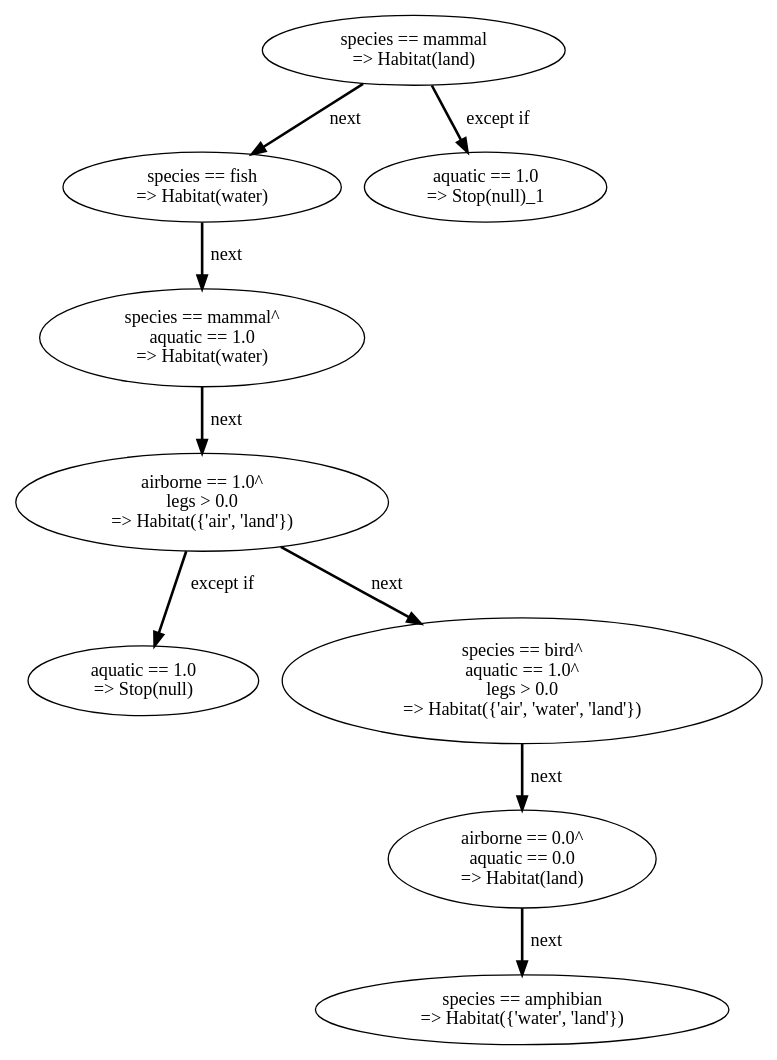
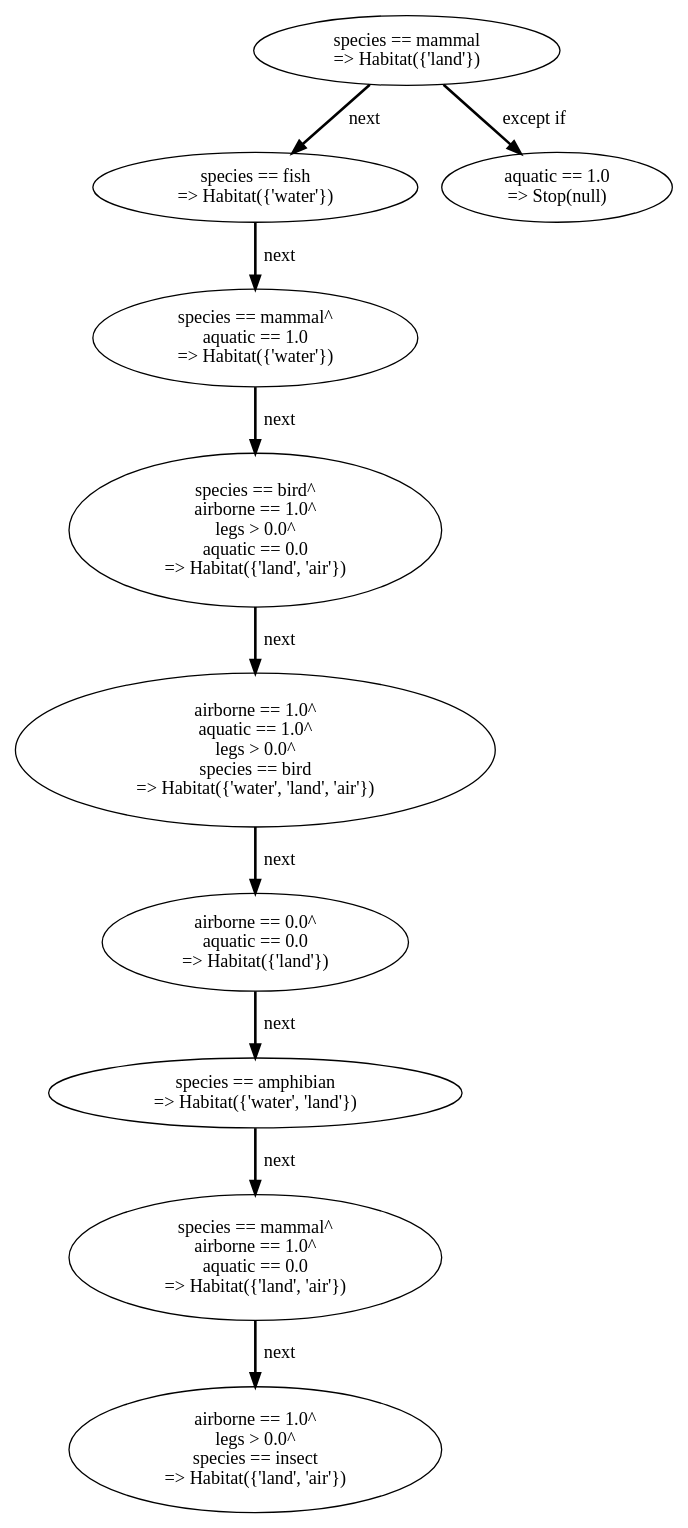
Before and after one commit to AbdelrhmanBassiouny/ripple_down_rules: the diagram in results/grdr_Habitat.dot, drawn with Graphviz. The commit also changed 8 other files, not shown here.

```diff
--- a/results/grdr_Habitat.dot
+++ b/results/grdr_Habitat.dot
@@ -1,60 +1,83 @@
 digraph tree {
     "species == mammal
-=> Habitat(land)";
+=> Habitat({'land'})";
     "species == fish
-=> Habitat(water)";
+=> Habitat({'water'})";
     "species == mammal^
 aquatic == 1.0
-=> Habitat(water)";
+=> Habitat({'water'})";
+    "species == bird^
+airborne == 1.0^
+legs > 0.0^
+aquatic == 0.0
+=> Habitat({'land', 'air'})";
     "airborne == 1.0^
-legs > 0.0
-=> Habitat({'air', 'land'})";
+aquatic == 1.0^
+legs > 0.0^
+species == bird
+=> Habitat({'water', 'land', 'air'})";
+    "airborne == 0.0^
+aquatic == 0.0
+=> Habitat({'land'})";
+    "species == amphibian
+=> Habitat({'water', 'land'})";
+    "species == mammal^
+airborne == 1.0^
+aquatic == 0.0
+=> Habitat({'land', 'air'})";
+    "airborne == 1.0^
+legs > 0.0^
+species == insect
+=> Habitat({'land', 'air'})";
     "aquatic == 1.0
 => Stop(null)";
+    "species == mammal
+=> Habitat({'land'})" -> "species == fish
+=> Habitat({'water'})" [style="bold", label=" next"];
+    "species == mammal
+=> Habitat({'land'})" -> "aquatic == 1.0
+=> Stop(null)" [style="bold", label=" except if"];
+    "species == fish
+=> Habitat({'water'})" -> "species == mammal^
+aquatic == 1.0
+=> Habitat({'water'})" [style="bold", label=" next"];
+    "species == mammal^
+aquatic == 1.0
+=> Habitat({'water'})" -> "species == bird^
+airborne == 1.0^
+legs > 0.0^
+aquatic == 0.0
+=> Habitat({'land', 'air'})" [style="bold", label=" next"];
     "species == bird^
+airborne == 1.0^
+legs > 0.0^
+aquatic == 0.0
+=> Habitat({'land', 'air'})" -> "airborne == 1.0^
 aquatic == 1.0^
-legs > 0.0
-=> Habitat({'air', 'water', 'land'})";
+legs > 0.0^
+species == bird
+=> Habitat({'water', 'land', 'air'})" [style="bold", label=" next"];
+    "airborne == 1.0^
+aquatic == 1.0^
+legs > 0.0^
+species == bird
+=> Habitat({'water', 'land', 'air'})" -> "airborne == 0.0^
+aquatic == 0.0
+=> Habitat({'land'})" [style="bold", label=" next"];
     "airborne == 0.0^
 aquatic == 0.0
-=> Habitat(land)";
+=> Habitat({'land'})" -> "species == amphibian
+=> Habitat({'water', 'land'})" [style="bold", label=" next"];
     "species == amphibian
-=> Habitat({'water', 'land'})";
-    "aquatic == 1.0
-=> Stop(null)_1";
-    "species == mammal
-=> Habitat(land)" -> "species == fish
-=> Habitat(water)" [style="bold", label=" next"];
-    "species == mammal
-=> Habitat(land)" -> "aquatic == 1.0
-=> Stop(null)_1" [style="bold", label=" except if"];
-    "species == fish
-=> Habitat(water)" -> "species == mammal^
-aquatic == 1.0
-=> Habitat(water)" [style="bold", label=" next"];
+=> Habitat({'water', 'land'})" -> "species == mammal^
+airborne == 1.0^
+aquatic == 0.0
+=> Habitat({'land', 'air'})" [style="bold", label=" next"];
     "species == mammal^
-aquatic == 1.0
-=> Habitat(water)" -> "airborne == 1.0^
-legs > 0.0
-=> Habitat({'air', 'land'})" [style="bold", label=" next"];
-    "airborne == 1.0^
-legs > 0.0
-=> Habitat({'air', 'land'})" -> "aquatic == 1.0
-=> Stop(null)" [style="bold", label=" except if"];
-    "airborne == 1.0^
-legs > 0.0
-=> Habitat({'air', 'land'})" -> "species == bird^
-aquatic == 1.0^
-legs > 0.0
-=> Habitat({'air', 'water', 'land'})" [style="bold", label=" next"];
-    "species == bird^
-aquatic == 1.0^
-legs > 0.0
-=> Habitat({'air', 'water', 'land'})" -> "airborne == 0.0^
+airborne == 1.0^
 aquatic == 0.0
-=> Habitat(land)" [style="bold", label=" next"];
-    "airborne == 0.0^
-aquatic == 0.0
-=> Habitat(land)" -> "species == amphibian
-=> Habitat({'water', 'land'})" [style="bold", label=" next"];
+=> Habitat({'land', 'air'})" -> "airborne == 1.0^
+legs > 0.0^
+species == insect
+=> Habitat({'land', 'air'})" [style="bold", label=" next"];
 }
```
